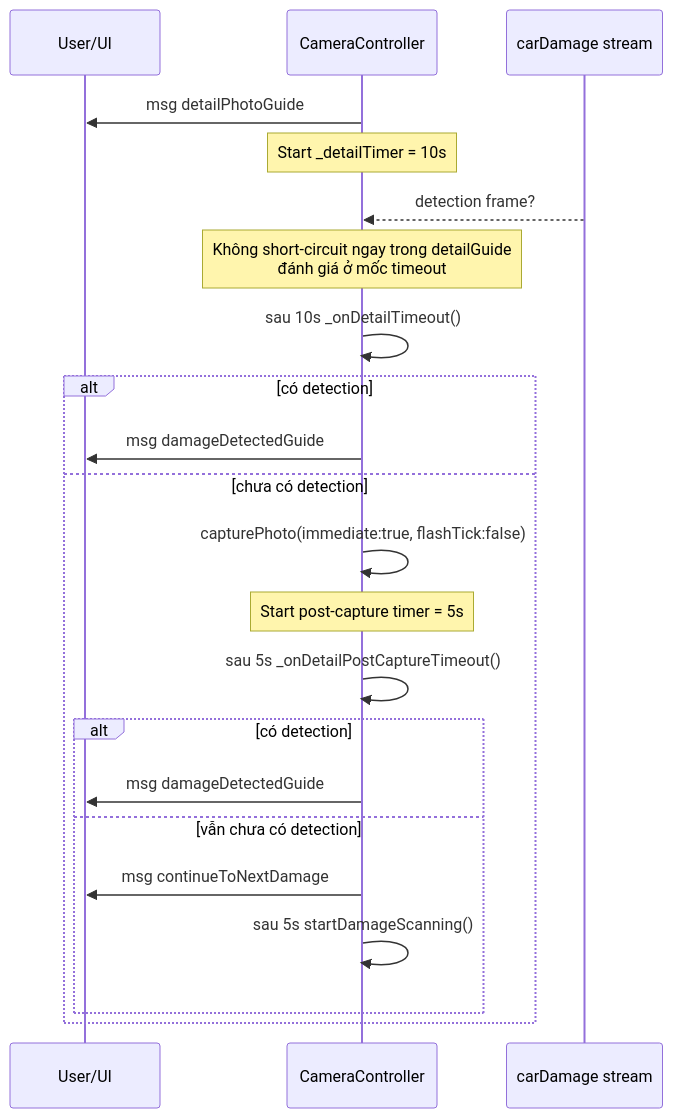
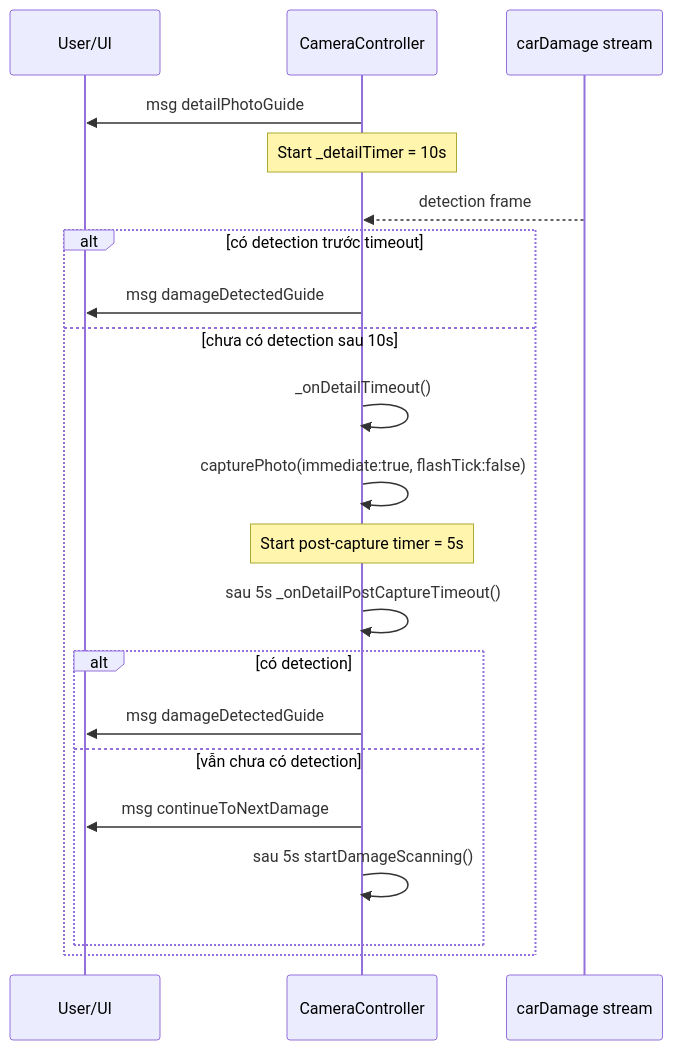
One commit to Aicycle-Insurance/aicycle_on_device changed the eighth of 9 diagrams in CAMERA_CONTROLLER.md. Above: the diagram before and after it, drawn with Mermaid. The commit also changed other lines of this file and 8 other files, not shown here.

Commit message:
Release 0.1.4 camera flow updates

````diff
--- a/CAMERA_CONTROLLER.md
+++ b/CAMERA_CONTROLLER.md
@@ -187,25 +189,24 @@
 ```mermaid
 sequenceDiagram
     participant UI as User/UI
     participant C as CameraController
     participant AI as carDamage stream
 
     C->>UI: msg detailPhotoGuide
     Note over C: Start _detailTimer = 10s
-    AI-->>C: detection frame?
-    Note over C: Không short-circuit ngay trong detailGuide<br/>đánh giá ở mốc timeout
-    C->>C: sau 10s _onDetailTimeout()
-    alt có detection
+    AI-->>C: detection frame
+    alt có detection trước timeout
         C->>UI: msg damageDetectedGuide
-    else chưa có detection
+    else chưa có detection sau 10s
+        C->>C: _onDetailTimeout()
         C->>C: capturePhoto(immediate:true, flashTick:false)
         Note over C: Start post-capture timer = 5s
         C->>C: sau 5s _onDetailPostCaptureTimeout()
         alt có detection
             C->>UI: msg damageDetectedGuide
         else vẫn chưa có detection
             C->>UI: msg continueToNextDamage
             C->>C: sau 5s startDamageScanning()
         end
     end
 ```
````
